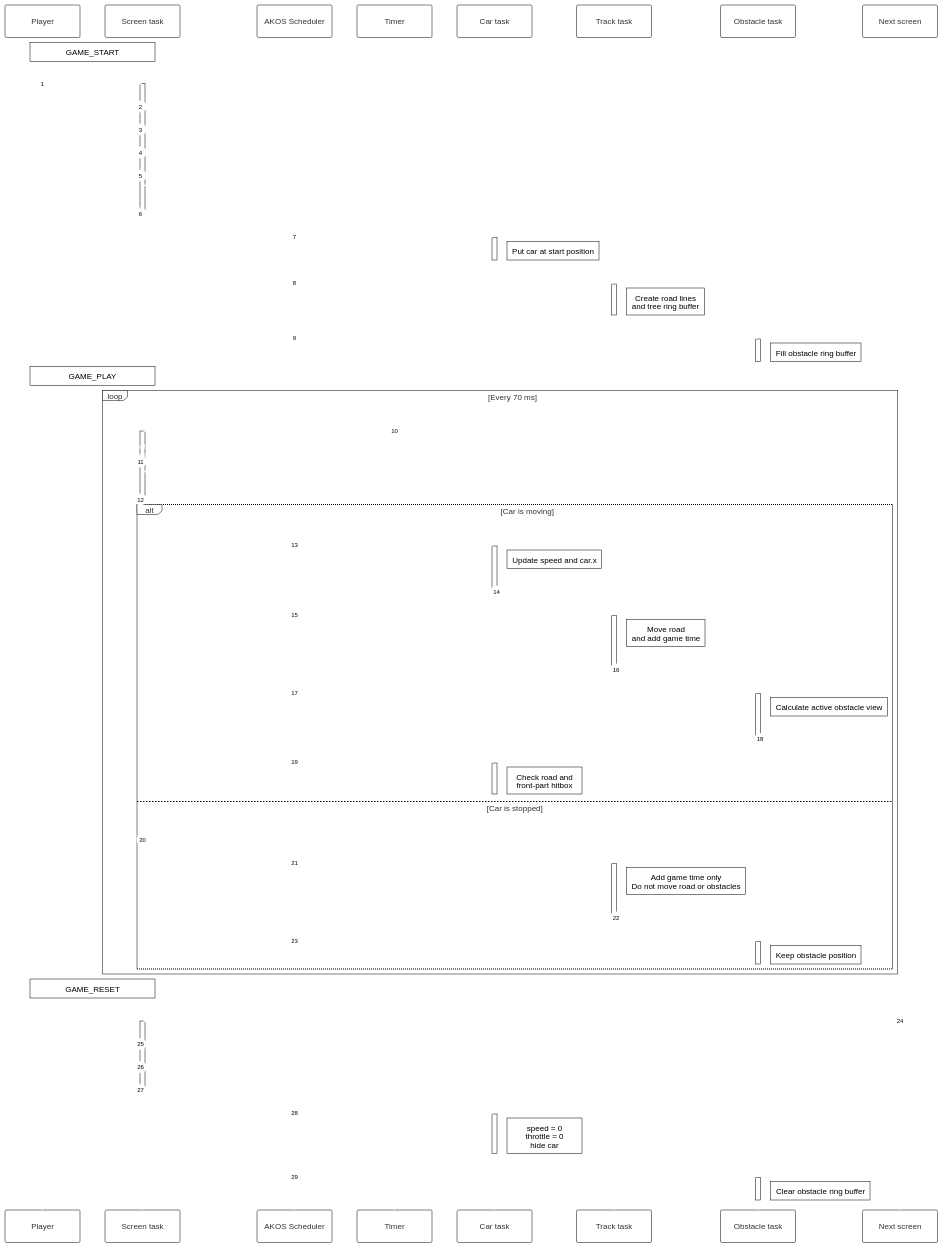
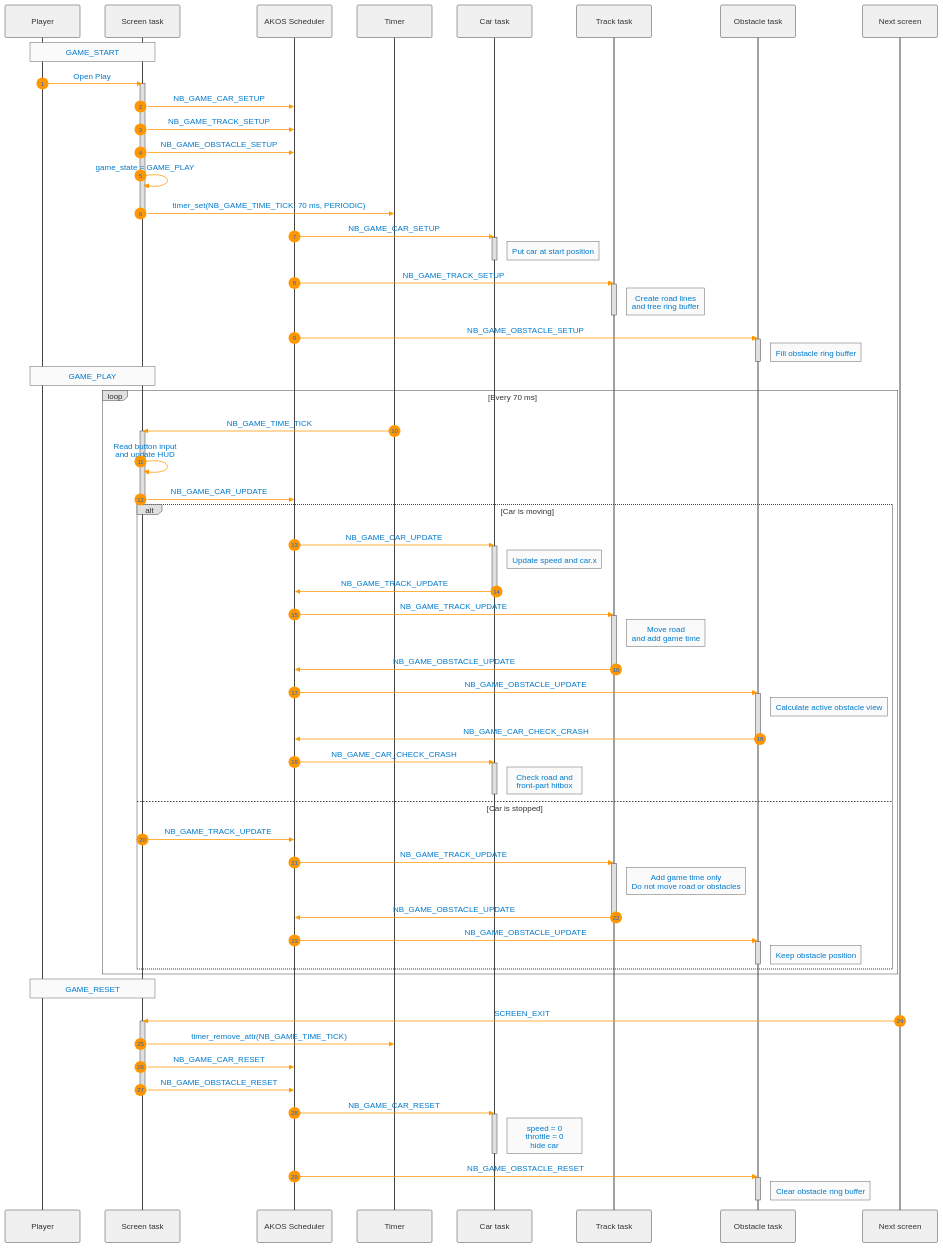
Before and after one commit to tranTrungDung05/Project-NoBraKe: the diagram in README.md, drawn with Mermaid.

````diff
--- a/README.md
+++ b/README.md
@@ -127,19 +127,19 @@
 ```mermaid
 %%{init: {'theme': 'base', 'themeVariables': { 
-  'primaryColor': '#ffffff', 
-  'primaryBorderColor': '#000000', 
-  'lineColor': '#ffffff', 
-  'textColor': '#000000', 
-  'labelBoxBkgColor': '#ffffff', 
-  'labelBoxBorderColor': '#000000', 
-  'noteBkgColor': '#ffffff', 
-  'noteBorderColor': '#000000', 
-  'noteTextColor': '#000000',
-  'activationBkgColor': '#ffffff',
-  'activationBorderColor': '#000000',
-  'signalColor': '#ffffff',
-  'signalTextColor': '#ffffff',
-  'actorLineColor': '#ffffff'
+  'primaryColor': '#f0f0f0', 
+  'primaryBorderColor': '#444444', 
+  'lineColor': '#FF9800', 
+  'textColor': '##FF9800', 
+  'labelBoxBkgColor': '#e0e0e0', 
+  'labelBoxBorderColor': '#444444', 
+  'noteBkgColor': '#fafafa', 
+  'noteBorderColor': '#666666', 
+  'noteTextColor': '#007ACC',
+  'activationBkgColor': '#e0e0e0',
+  'activationBorderColor': '#444444',
+  'signalColor': '#FF9800',
+  'signalTextColor': '#007ACC',
+  'actorLineColor': '#444444'
 }}}%%
 
 sequenceDiagram
````
